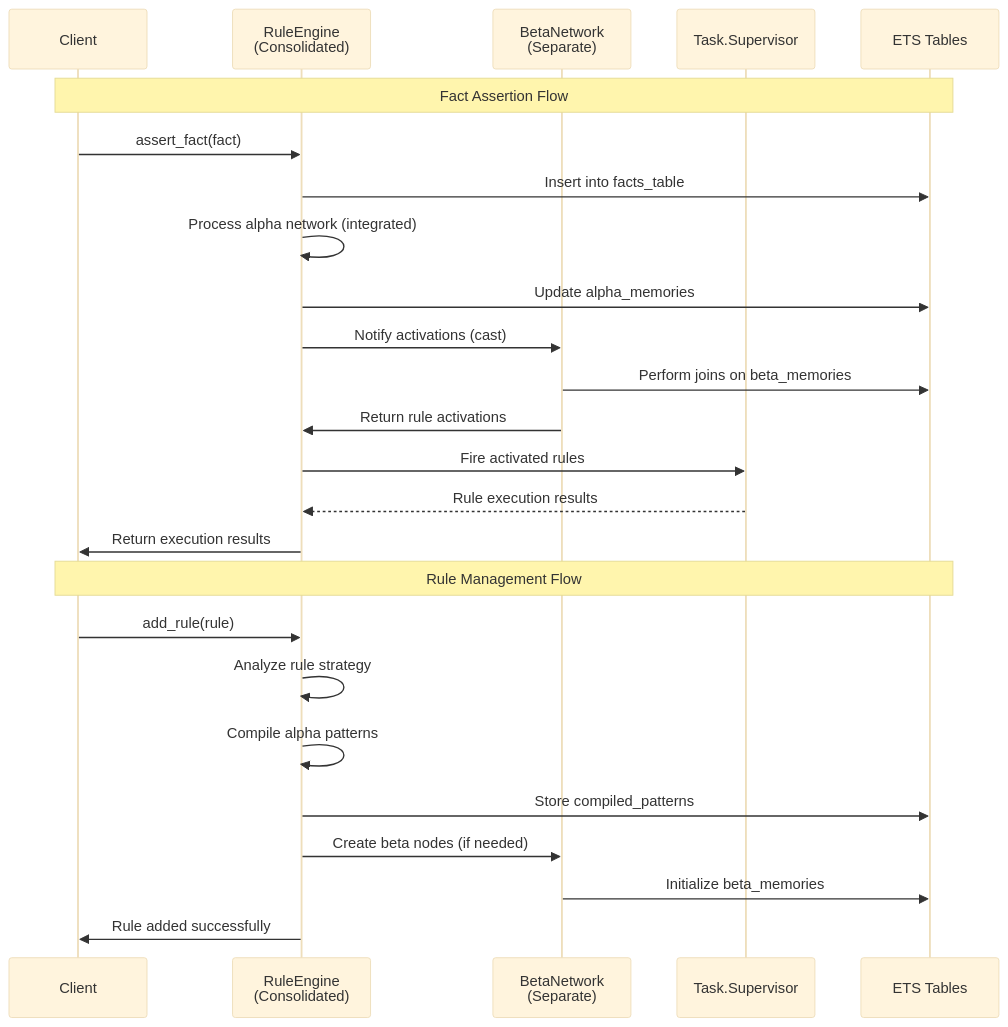
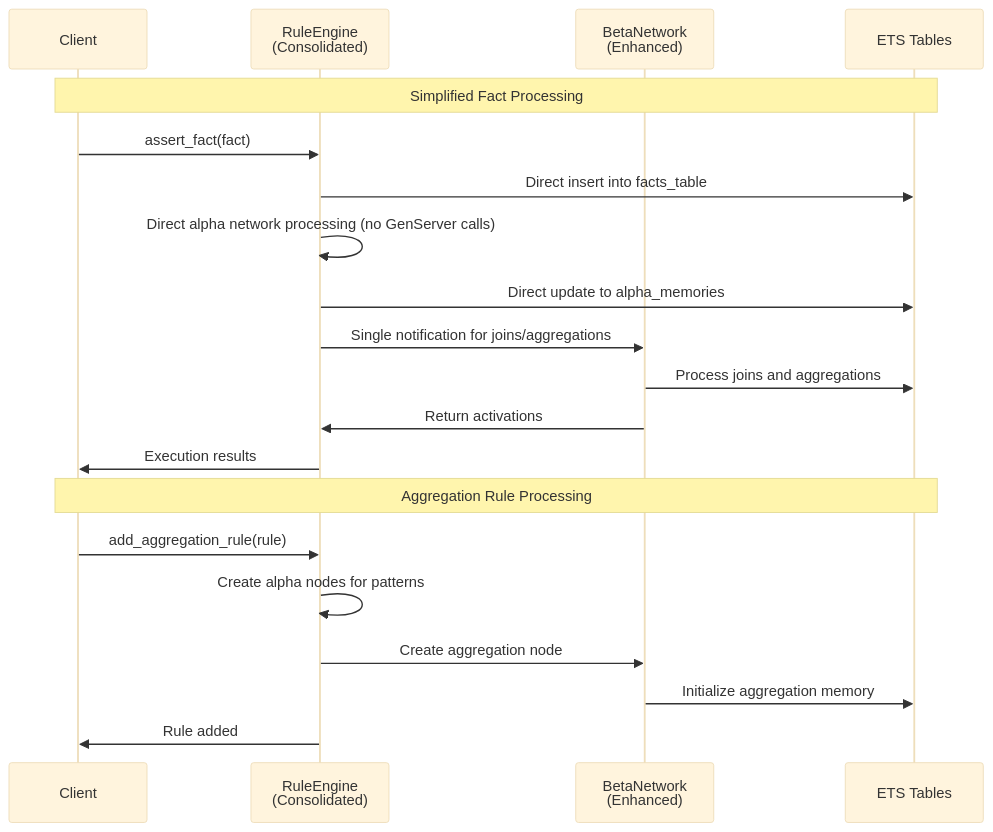
The second of 6 diagrams in specs/architecture.md (hl/presto), drawn with Mermaid (base theme) before and after one commit. The commit also changed other lines of this file and 11 other files, not shown here.

````diff
--- a/specs/architecture.md
+++ b/specs/architecture.md
@@ -435,29 +203,24 @@
 ```mermaid
 sequenceDiagram
     participant Client
     participant RuleEngine as RuleEngine<br/>(Consolidated)
-    participant BetaNetwork as BetaNetwork<br/>(Separate)
-    participant TaskSupervisor as Task.Supervisor
+    participant BetaNetwork as BetaNetwork<br/>(Enhanced)
     participant ETS as ETS Tables
     
-    Note over Client,ETS: Fact Assertion Flow
+    Note over Client,ETS: Simplified Fact Processing
     Client->>RuleEngine: assert_fact(fact)
-    RuleEngine->>ETS: Insert into facts_table
-    RuleEngine->>RuleEngine: Process alpha network (integrated)
-    RuleEngine->>ETS: Update alpha_memories
-    RuleEngine->>BetaNetwork: Notify activations (cast)
-    BetaNetwork->>ETS: Perform joins on beta_memories
-    BetaNetwork->>RuleEngine: Return rule activations
-    RuleEngine->>TaskSupervisor: Fire activated rules
-    TaskSupervisor-->>RuleEngine: Rule execution results
-    RuleEngine->>Client: Return execution results
+    RuleEngine->>ETS: Direct insert into facts_table
+    RuleEngine->>RuleEngine: Direct alpha network processing (no GenServer calls)
+    RuleEngine->>ETS: Direct update to alpha_memories
+    RuleEngine->>BetaNetwork: Single notification for joins/aggregations
+    BetaNetwork->>ETS: Process joins and aggregations
+    BetaNetwork->>RuleEngine: Return activations
+    RuleEngine->>Client: Execution results
     
-    Note over Client,ETS: Rule Management Flow
-    Client->>RuleEngine: add_rule(rule)
-    RuleEngine->>RuleEngine: Analyze rule strategy
-    RuleEngine->>RuleEngine: Compile alpha patterns
-    RuleEngine->>ETS: Store compiled_patterns
-    RuleEngine->>BetaNetwork: Create beta nodes (if needed)
-    BetaNetwork->>ETS: Initialize beta_memories
-    RuleEngine->>Client: Rule added successfully
+    Note over Client,ETS: Aggregation Rule Processing
+    Client->>RuleEngine: add_aggregation_rule(rule)
+    RuleEngine->>RuleEngine: Create alpha nodes for patterns
+    RuleEngine->>BetaNetwork: Create aggregation node
+    BetaNetwork->>ETS: Initialize aggregation memory
+    RuleEngine->>Client: Rule added
 ```
````
